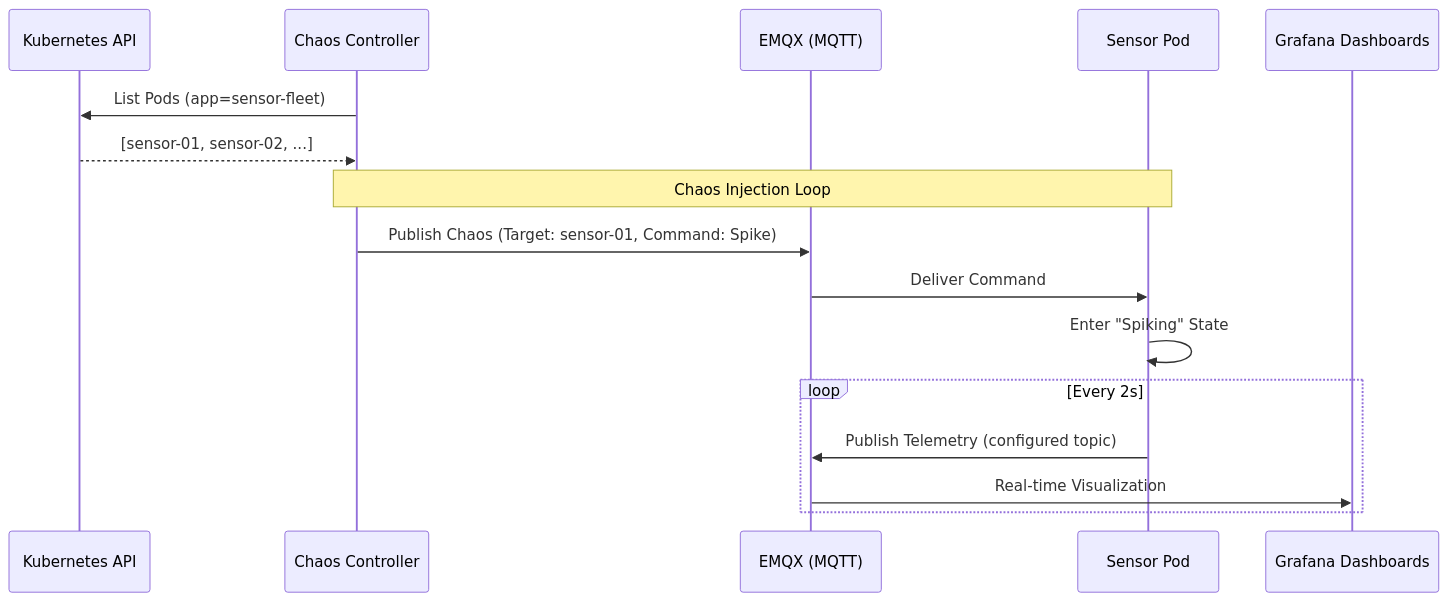
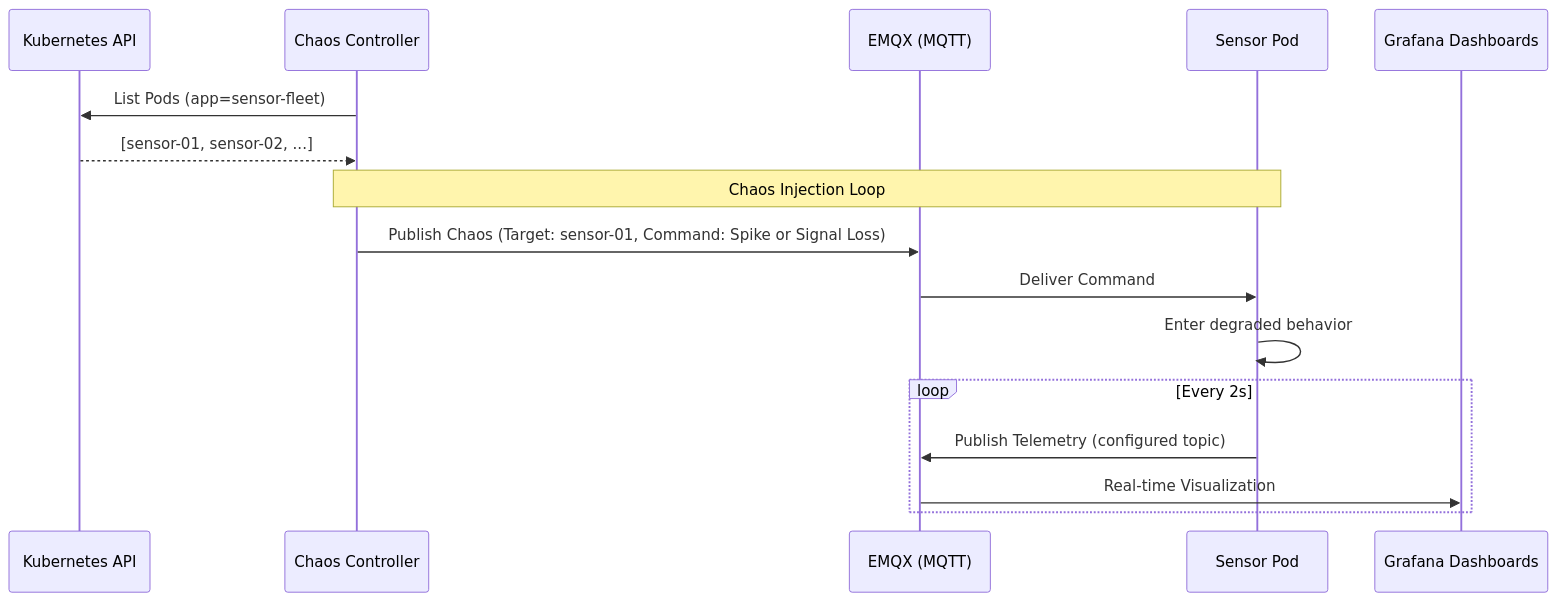
One commit to victoriacheng15/observability-hub changed the diagram in docs/architecture/services/hardware-sim.md. Above: the diagram before and after it, drawn with Mermaid. The commit also changed other lines of this file and 2 other files, not shown here.

Commit message:
feat(hardware-sim): add link quality chaos (#484)

````diff
--- a/docs/architecture/services/hardware-sim.md
+++ b/docs/architecture/services/hardware-sim.md
@@ -59,21 +60,21 @@
 ```mermaid
 sequenceDiagram
     participant K8s as Kubernetes API
     participant Chaos as Chaos Controller
     participant Broker as EMQX (MQTT)
     participant Sensor as Sensor Pod
     participant Viz as Grafana Dashboards
 
     Chaos->>K8s: List Pods (app=sensor-fleet)
     K8s-->>Chaos: [sensor-01, sensor-02, ...]
     
     Note over Chaos, Sensor: Chaos Injection Loop
-    Chaos->>Broker: Publish Chaos (Target: sensor-01, Command: Spike)
+    Chaos->>Broker: Publish Chaos (Target: sensor-01, Command: Spike or Signal Loss)
     Broker->>Sensor: Deliver Command
-    Sensor->>Sensor: Enter "Spiking" State
+    Sensor->>Sensor: Enter degraded behavior
 
     loop Every 2s
         Sensor->>Broker: Publish Telemetry (configured topic)
         Broker->>Viz: Real-time Visualization
     end
 ```
````
